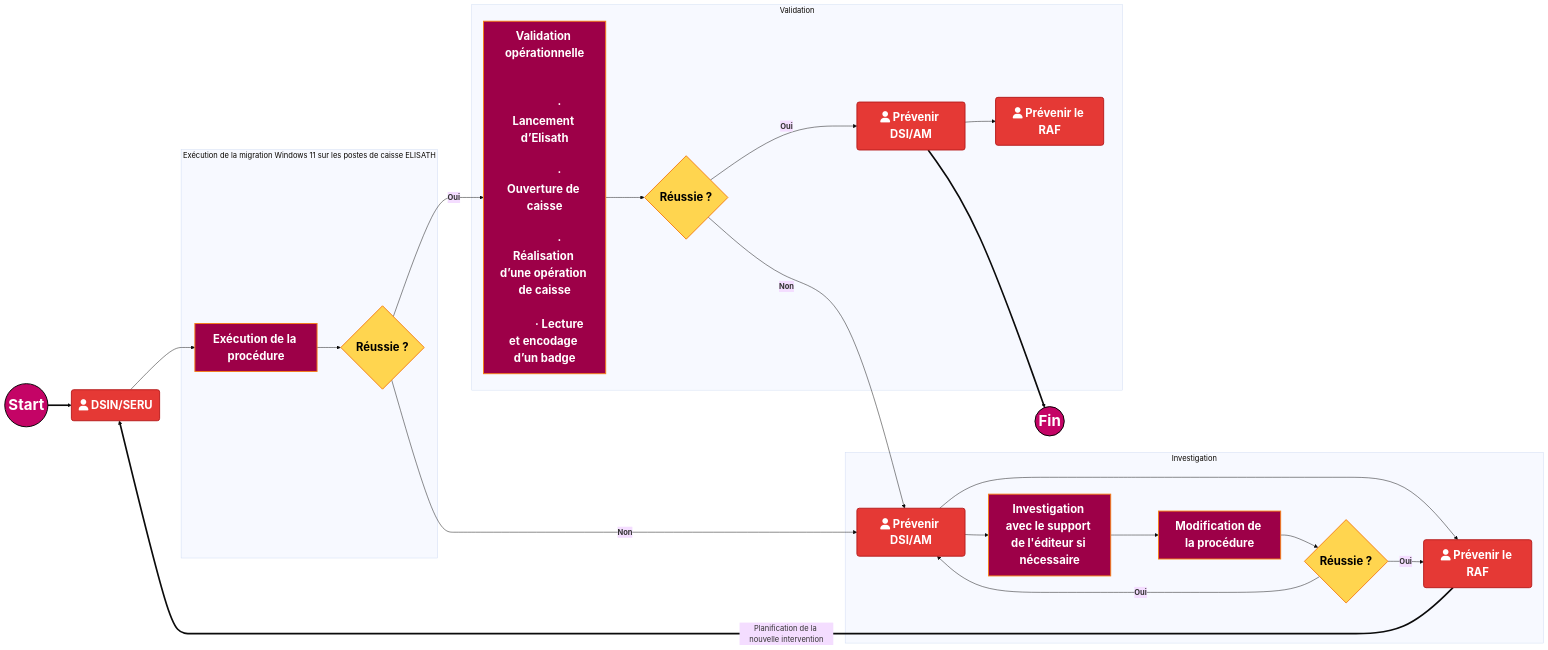
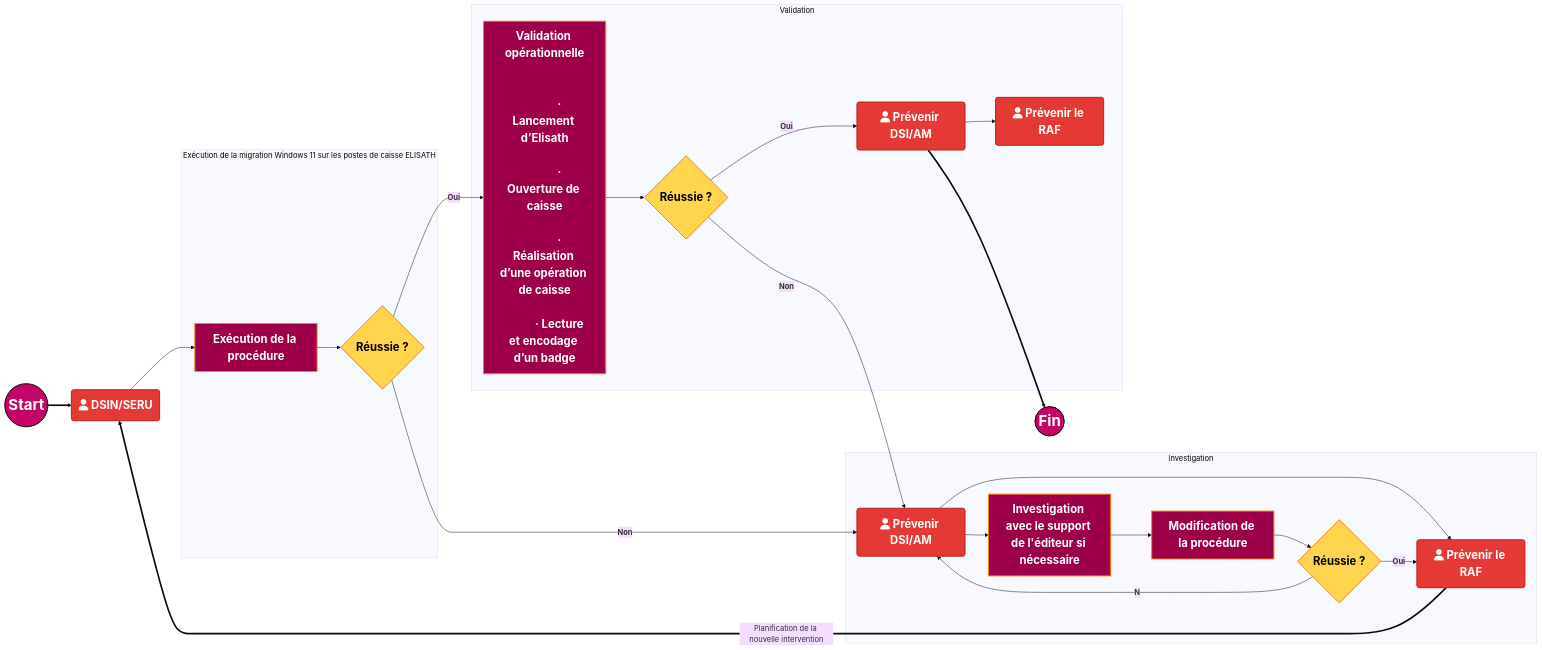
The diagram in all/Flux de validation.md (fdadda/iodraw-files), drawn with Mermaid (base theme) before and after one commit.

Commit message:
2026-05-12 12:19:17 update

````diff
--- a/all/Flux de validation.md
+++ b/all/Flux de validation.md
@@ -1,62 +1,62 @@
 ```mermaid
 flowchart LR
 
     start((Start)) ==> A
     A(fa:fa-user DSIN/SERU) --> B[Exécution de la procédure]
 
     subgraph Exécution de la migration Windows 11 sur les postes de caisse ELISATH
         B --> C{Réussie ?}
     end
 
     subgraph Validation
         C -->|<b>Oui</b>| D["Validation opérationnelle<br/><br/>
             · Lancement d’Elisath<br/>
             · Ouverture de caisse<br/>
             · Réalisation d’une opération de caisse<br/>
             · Lecture et encodage d’un badge"]
 
         D --> Val{Réussie ?}
 
         Val -->|<b>Oui</b>| PrevDSI(fa:fa-user Prévenir DSI/AM)
        
        
         PrevDSI  --> PrevRAF(fa:fa-user Prévenir le RAF)
     end
      PrevDSI ==> fin((Fin))
     Val --> |<b>Non</b>| E
     subgraph Investigation
         C --> |<b>Non</b>| E(fa:fa-user Prévenir DSI/AM)
         E --> F(fa:fa-user Prévenir le RAF)
         E --> G[Investigation avec le support de l'éditeur si nécessaire]
         G --> H[Modification de la procédure]
         H --> I{Réussie ?}
         I -->|<b>Oui</b>| F
-        I -->|<b>Oui</b>| E
+        I -->|<b>N</b>| E
     end
 
     F ==>|Planification de la nouvelle intervention| A
 
     %% --- STYLES ---
     classDef StartEndPoint  fill:#c40466,stroke:#000,color:#fff,stroke-width:2px,font-size:32px,font-weight:bold;
     classDef Decision       fill:#ffd54f,stroke:#f57f17,color:#000,stroke-width:2px,font-size:24px,font-weight:bold;
     classDef Action         fill:#9d0048,stroke:#f57f17,color:#fff,stroke-width:2px,font-size:24px,font-weight:bold;
     classDef Error          fill:#e53935,stroke:#b71c1c,color:#fff,stroke-width:2px,font-size:24px,font-weight:bold;
 
     %% --- AFFECTATION DES CLASSES ---
     class start,fin StartEndPoint;
     class C,I,Val Decision;
     class A,E,F,PrevDSI,PrevRAF Error;
     class B,D,G,H Action;
     %% --- “CEINTURE + BRETELLES” (force le style sur les 2 nœuds) ---
     %%style start font-size:32px,font-weight:bold
     %%style fin   font-size:32px,font-weight:bold
 
     %% --- Codes couleur (commentaires) ---
     %% Bleu marine #000080
     %% Midnight blue #191970
     %% Bleu foncé intense #080F70
     %% Bleu foncé moderne #111184
     %% Orange #ffd54f
     %% Rouge #e53935
     %% Rose CAPI #c40466
 ```
````
